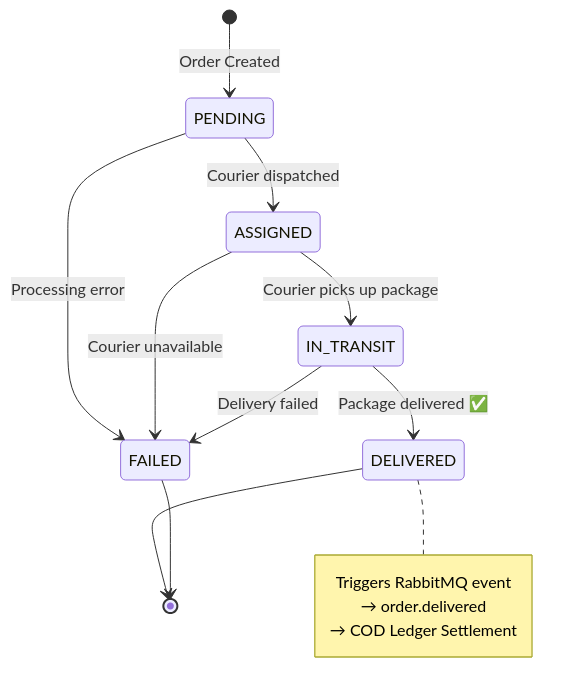
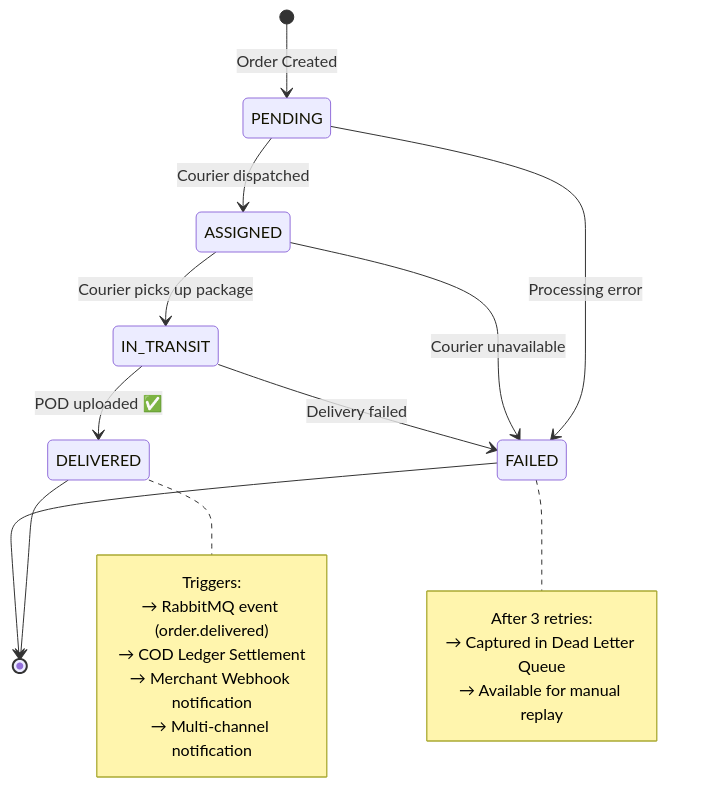
One commit to mo74x/Fleetpulse changed the eighth of 11 diagrams in README.md. Above: the diagram before and after it, drawn with Mermaid. The commit also changed other lines of this file and 2 other files, not shown here.

````diff
--- a/README.md
+++ b/README.md
@@ -1012,22 +480,30 @@
 ```mermaid
 stateDiagram-v2
     [*] --> PENDING : Order Created
 
     PENDING --> ASSIGNED : Courier dispatched
     PENDING --> FAILED : Processing error
 
     ASSIGNED --> IN_TRANSIT : Courier picks up package
     ASSIGNED --> FAILED : Courier unavailable
 
-    IN_TRANSIT --> DELIVERED : Package delivered ✅
+    IN_TRANSIT --> DELIVERED : POD uploaded ✅
     IN_TRANSIT --> FAILED : Delivery failed
 
     DELIVERED --> [*]
     FAILED --> [*]
 
     note right of DELIVERED
-        Triggers RabbitMQ event
-        → order.delivered
+        Triggers:
+        → RabbitMQ event (order.delivered)
         → COD Ledger Settlement
+        → Merchant Webhook notification
+        → Multi-channel notification
+    end note
+
+    note right of FAILED
+        After 3 retries:
+        → Captured in Dead Letter Queue
+        → Available for manual replay
     end note
 ```
````
